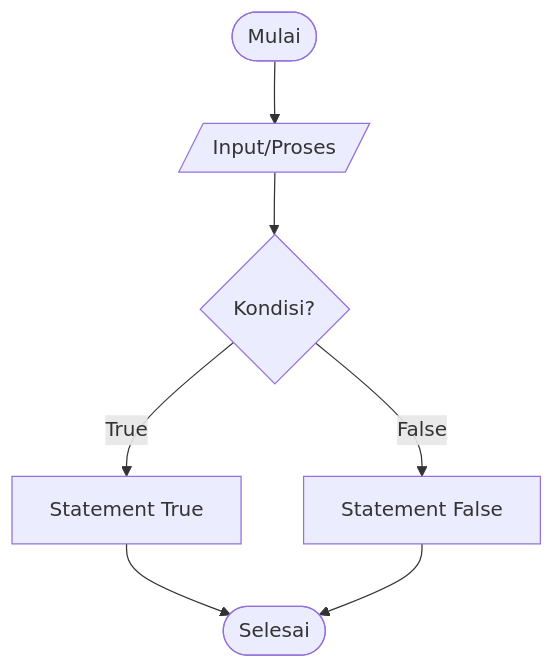
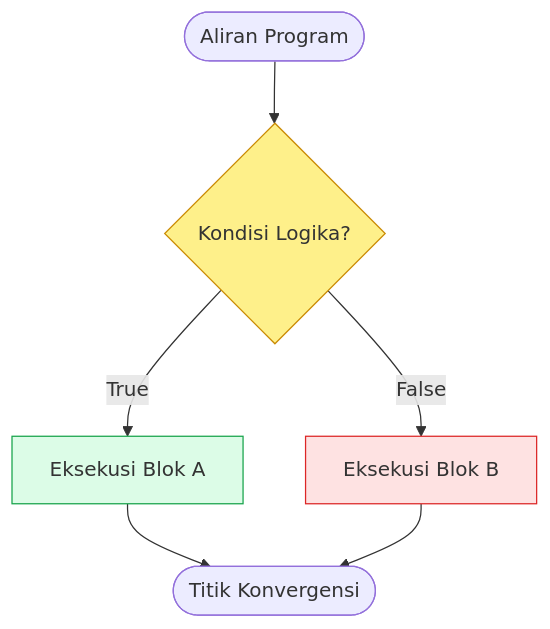
One commit to mahendaruui/Perkuliahan changed the diagram in docs/algoritma-pemrograman/percabangan.md. Above: the diagram before and after it, drawn with Mermaid. The commit also changed other lines of this file and 22 other files, not shown here.

````diff
--- a/docs/algoritma-pemrograman/percabangan.md
+++ b/docs/algoritma-pemrograman/percabangan.md
@@ -22,9 +15,11 @@
 ```mermaid
 flowchart TD
-    Start([Mulai]) --> Input[/Input/Proses/]
-    Input --> Kondisi{Kondisi?}
-    Kondisi -->|True| ActionTrue[Statement True]
-    Kondisi -->|False| ActionFalse[Statement False]
-    ActionTrue --> End([Selesai])
-    ActionFalse --> End
+    Start([Aliran Program]) --> Cond{Kondisi Logika?}
+    Cond -- True --> ActionA[Eksekusi Blok A]
+    Cond -- False --> ActionB[Eksekusi Blok B]
+    ActionA --> Join([Titik Konvergensi])
+    ActionB --> Join
+    style Cond fill:#fef08a,stroke:#ca8a04
+    style ActionA fill:#dcfce7,stroke:#16a34a
+    style ActionB fill:#fee2e2,stroke:#dc2626
 ```
````
